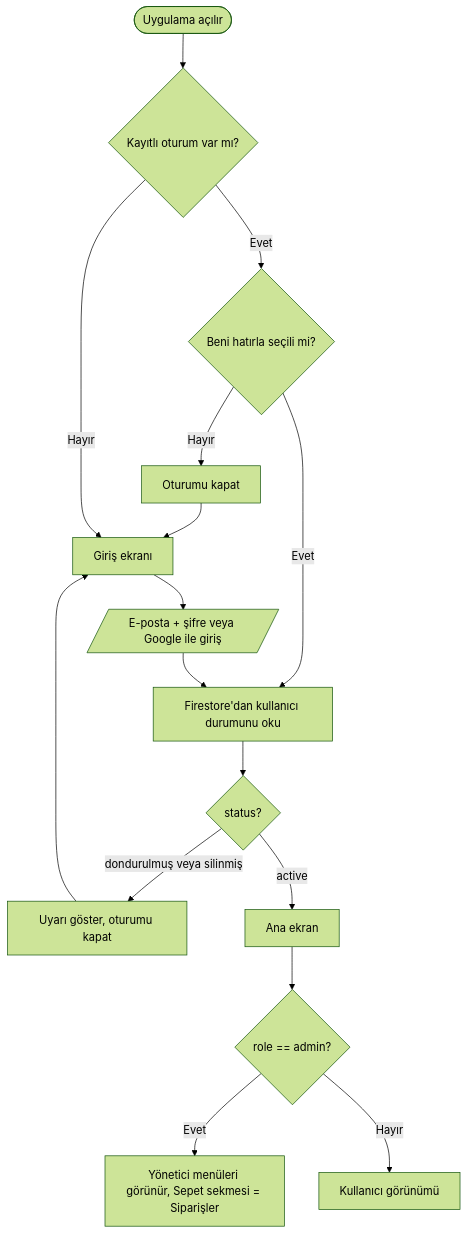
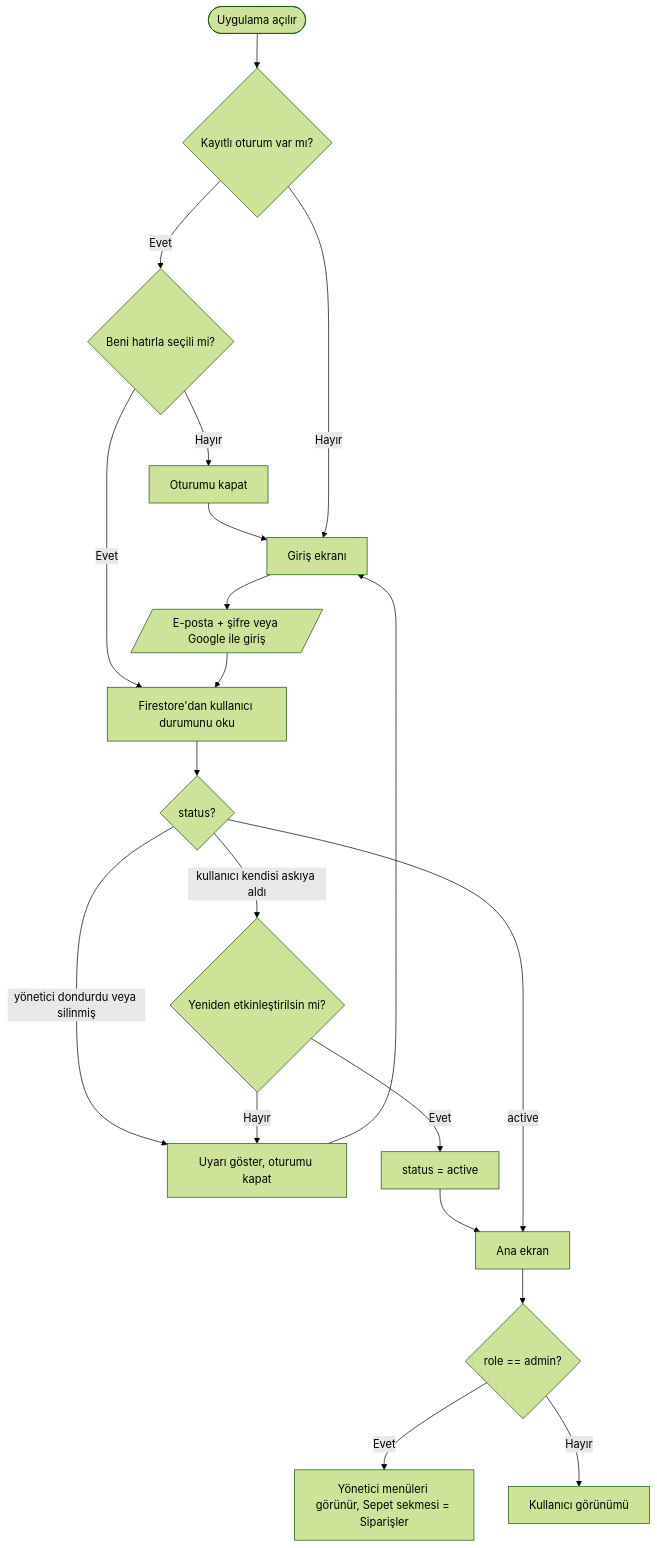
One commit to ruzgaricat/Shingu changed the first of 5 diagrams in docs/AKIS_DIYAGRAMLARI.md. Above: the diagram before and after it, drawn with Mermaid (forest theme). The commit also changed 28 other files, not shown here.

````diff
--- a/docs/AKIS_DIYAGRAMLARI.md
+++ b/docs/AKIS_DIYAGRAMLARI.md
@@ -5,16 +5,19 @@
 ```mermaid
 flowchart TD
     A([Uygulama açılır]) --> B{Kayıtlı oturum var mı?}
     B -- Evet --> C{Beni hatırla seçili mi?}
     C -- Hayır --> D[Oturumu kapat] --> E[Giriş ekranı]
     C -- Evet --> F[Firestore'dan kullanıcı durumunu oku]
     B -- Hayır --> E
     E --> G[/E-posta + şifre veya Google ile giriş/]
     G --> F
     F --> H{status?}
-    H -- dondurulmuş veya silinmiş --> I[Uyarı göster, oturumu kapat] --> E
+    H -- yönetici dondurdu veya silinmiş --> I[Uyarı göster, oturumu kapat] --> E
+    H -- kullanıcı kendisi askıya aldı --> R{Yeniden etkinleştirilsin mi?}
+    R -- Evet --> S[status = active] --> J
+    R -- Hayır --> I
     H -- active --> J[Ana ekran]
     J --> K{role == admin?}
     K -- Evet --> L[Yönetici menüleri görünür, Sepet sekmesi = Siparişler]
     K -- Hayır --> M[Kullanıcı görünümü]
 ```
````
